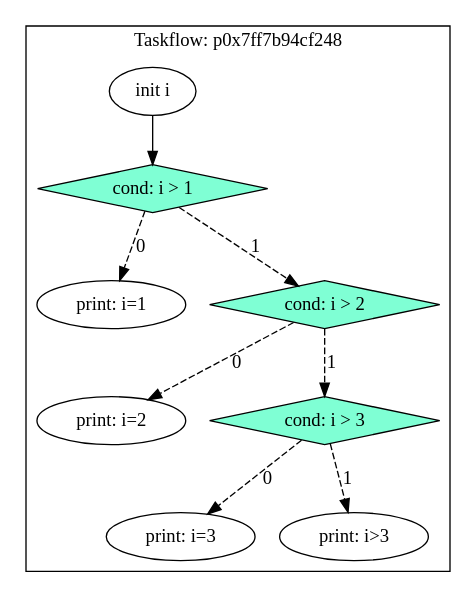
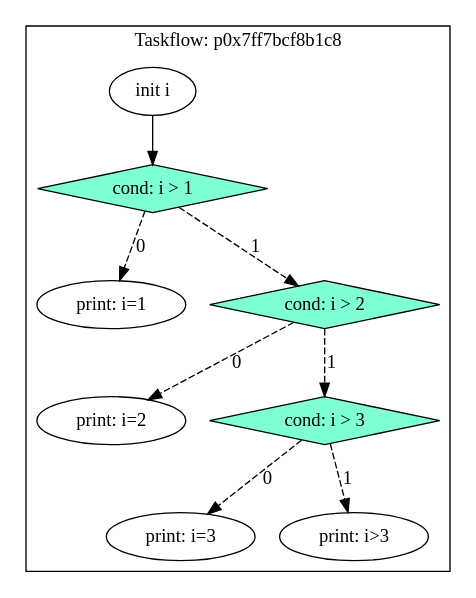
Before and after one commit to xuexcy/learning_taskflow: the diagram in task_graph/nested_if_else.dot, drawn with Graphviz. The commit also changed 1257 other files, not shown here.

```diff
--- a/task_graph/nested_if_else.dot
+++ b/task_graph/nested_if_else.dot
@@ -1,20 +1,20 @@
 digraph Taskflow {
-subgraph cluster_p0x7ff7b94cf2a8 {
-label="Taskflow: p0x7ff7b94cf248";
-p0x7f91cc3659e0[label="init i" ];
-p0x7f91cc3659e0 -> p0x7f91cc3656b0;
-p0x7f91cc3656b0[label="cond: i > 1" shape=diamond color=black fillcolor=aquamarine style=filled];
-p0x7f91cc3656b0 -> p0x7f91cc365c00 [style=dashed label="0"];
-p0x7f91cc3656b0 -> p0x7f91cc3658d0 [style=dashed label="1"];
-p0x7f91cc3658d0[label="cond: i > 2" shape=diamond color=black fillcolor=aquamarine style=filled];
-p0x7f91cc3658d0 -> p0x7f91cc365e20 [style=dashed label="0"];
-p0x7f91cc3658d0 -> p0x7f91cc3657c0 [style=dashed label="1"];
-p0x7f91cc3657c0[label="cond: i > 3" shape=diamond color=black fillcolor=aquamarine style=filled];
-p0x7f91cc3657c0 -> p0x7f91cc365af0 [style=dashed label="0"];
-p0x7f91cc3657c0 -> p0x7f91cc365d10 [style=dashed label="1"];
-p0x7f91cc365c00[label="print: i=1" ];
-p0x7f91cc365e20[label="print: i=2" ];
-p0x7f91cc365af0[label="print: i=3" ];
-p0x7f91cc365d10[label="print: i>3" ];
+subgraph cluster_p0x7ff7bcf8b228 {
+label="Taskflow: p0x7ff7bcf8b1c8";
+p0x7fd5e7265d10[label="init i" ];
+p0x7fd5e7265d10 -> p0x7fd5e7265e20;
+p0x7fd5e7265e20[label="cond: i > 1" shape=diamond color=black fillcolor=aquamarine style=filled];
+p0x7fd5e7265e20 -> p0x7fd5e7265c00 [style=dashed label="0"];
+p0x7fd5e7265e20 -> p0x7fd5e72659e0 [style=dashed label="1"];
+p0x7fd5e72659e0[label="cond: i > 2" shape=diamond color=black fillcolor=aquamarine style=filled];
+p0x7fd5e72659e0 -> p0x7fd5e72658d0 [style=dashed label="0"];
+p0x7fd5e72659e0 -> p0x7fd5e7265af0 [style=dashed label="1"];
+p0x7fd5e7265af0[label="cond: i > 3" shape=diamond color=black fillcolor=aquamarine style=filled];
+p0x7fd5e7265af0 -> p0x7fd5e72657c0 [style=dashed label="0"];
+p0x7fd5e7265af0 -> p0x7fd5e72656b0 [style=dashed label="1"];
+p0x7fd5e7265c00[label="print: i=1" ];
+p0x7fd5e72658d0[label="print: i=2" ];
+p0x7fd5e72657c0[label="print: i=3" ];
+p0x7fd5e72656b0[label="print: i>3" ];
 }
 }
```
